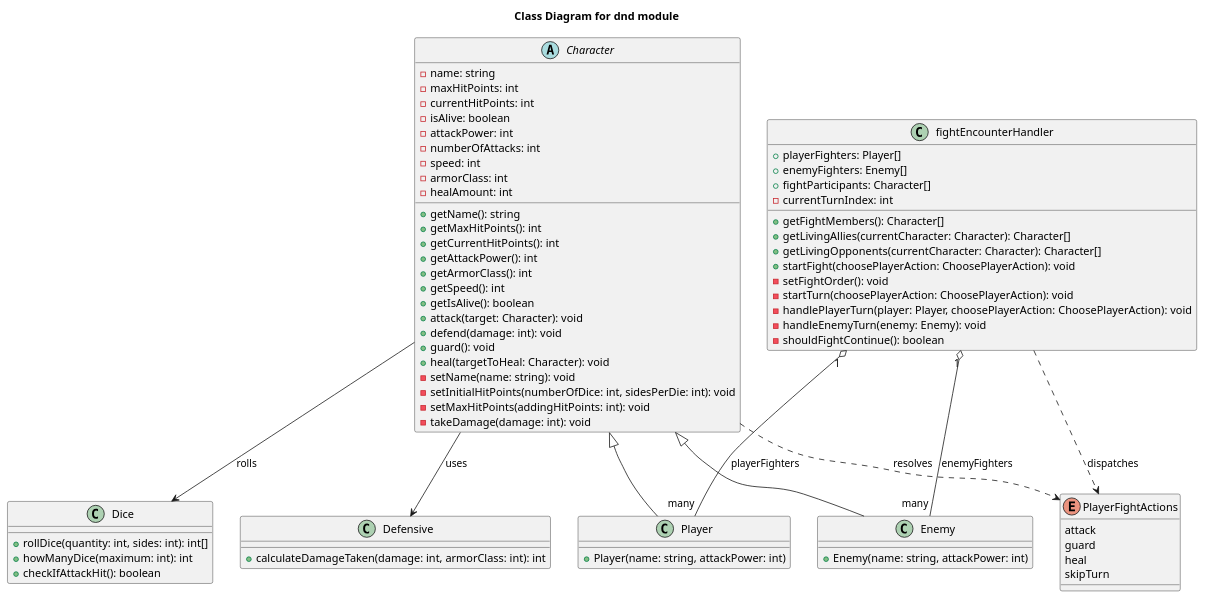
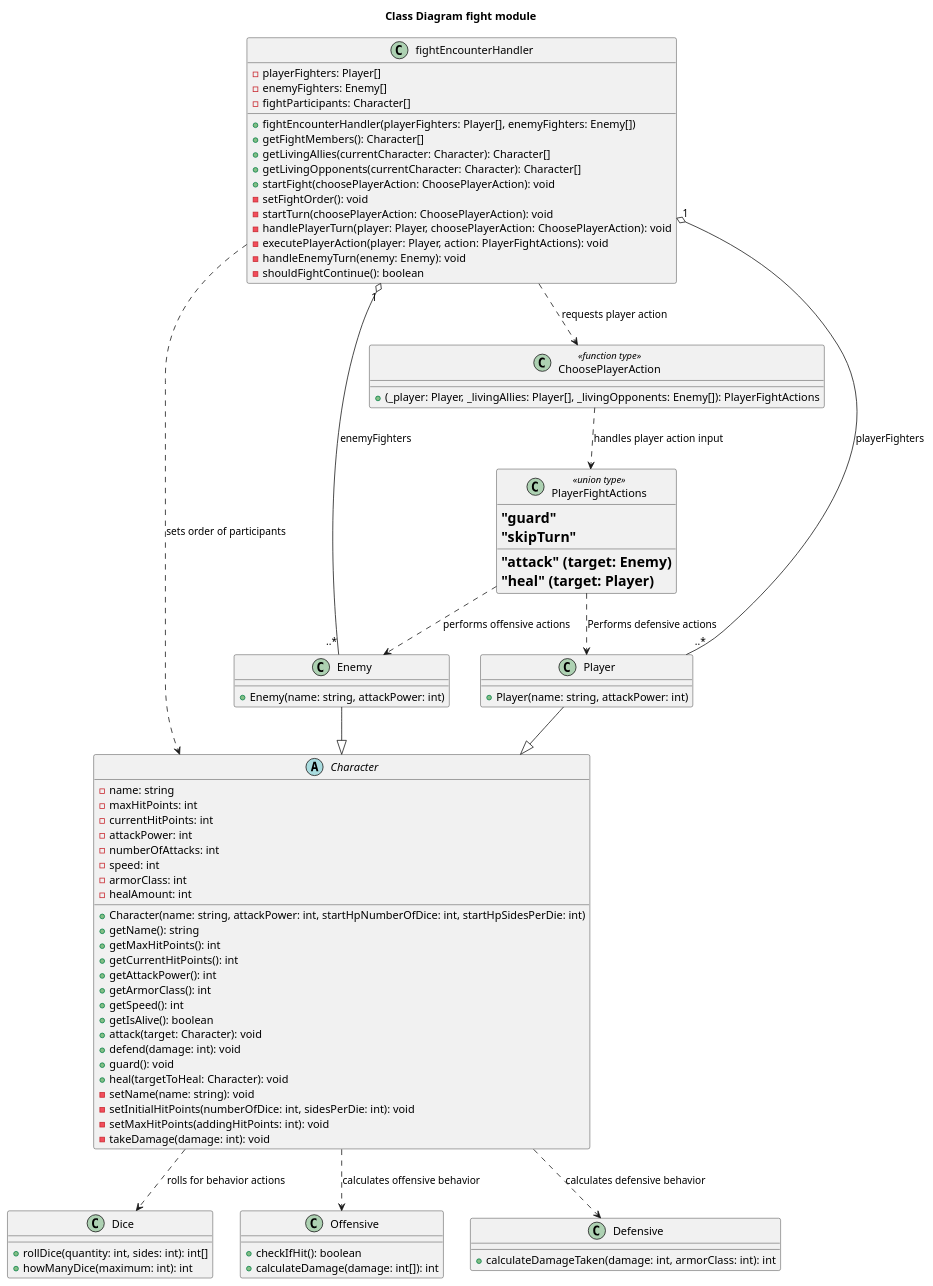
Before and after one commit to MrNegnar/DnDModule: the diagram in diagrams/classDiagram.puml, drawn with PlantUML. The commit also changed other lines of this file, not shown here.

Commit message:
update classdiagram to fit the code

```diff
--- a/diagrams/classDiagram.puml
+++ b/diagrams/classDiagram.puml
@@ -1,79 +1,94 @@
 @startuml classDiagram
-Title Class Diagram for dnd module
+Title Class Diagram fight module
 
 class Dice {
   +rollDice(quantity: int, sides: int): int[]
   +howManyDice(maximum: int): int
-  +checkIfAttackHit(): boolean
+}
+
+class Offensive {
+  +checkIfHit(): boolean
+  +calculateDamage(damage: int[]): int
 }
 
 class Defensive {
   +calculateDamageTaken(damage: int, armorClass: int): int
 }
 
 abstract class Character {
   -name: string
   -maxHitPoints: int
   -currentHitPoints: int
-  -isAlive: boolean
   -attackPower: int
   -numberOfAttacks: int
   -speed: int
   -armorClass: int
   -healAmount: int
+  +Character(name: string, attackPower: int, startHpNumberOfDice: int, startHpSidesPerDie: int)
   +getName(): string
   +getMaxHitPoints(): int
   +getCurrentHitPoints(): int
   +getAttackPower(): int
   +getArmorClass(): int
   +getSpeed(): int
   +getIsAlive(): boolean
   +attack(target: Character): void
   +defend(damage: int): void
   +guard(): void
   +heal(targetToHeal: Character): void
   -setName(name: string): void
   -setInitialHitPoints(numberOfDice: int, sidesPerDie: int): void
   -setMaxHitPoints(addingHitPoints: int): void
   -takeDamage(damage: int): void
 }
 
-class Player extends Character {
+class Player {
   +Player(name: string, attackPower: int)
 }
 
-class Enemy extends Character {
+class Enemy {
   +Enemy(name: string, attackPower: int)
 }
 
-enum PlayerFightActions {
-  attack
-  guard
-  heal
-  skipTurn
+class PlayerFightActions <<union type>> {
+  = "attack" (target: Enemy)
+  = "guard"
+  = "heal" (target: Player)
+  = "skipTurn"
+}
+
+class ChoosePlayerAction <<function type>> {
+  +(_player: Player, _livingAllies: Player[], _livingOpponents: Enemy[]): PlayerFightActions
 }
 
 class fightEncounterHandler {
-  +playerFighters: Player[]
-  +enemyFighters: Enemy[]
-  +fightParticipants: Character[]
-  -currentTurnIndex: int
+  -playerFighters: Player[]
+  -enemyFighters: Enemy[]
+  -fightParticipants: Character[]
+  +fightEncounterHandler(playerFighters: Player[], enemyFighters: Enemy[])
   +getFightMembers(): Character[]
   +getLivingAllies(currentCharacter: Character): Character[]
   +getLivingOpponents(currentCharacter: Character): Character[]
   +startFight(choosePlayerAction: ChoosePlayerAction): void
   -setFightOrder(): void
   -startTurn(choosePlayerAction: ChoosePlayerAction): void
   -handlePlayerTurn(player: Player, choosePlayerAction: ChoosePlayerAction): void
+  -executePlayerAction(player: Player, action: PlayerFightActions): void
   -handleEnemyTurn(enemy: Enemy): void
   -shouldFightContinue(): boolean
 }
 
-Character --> Dice : rolls
-Character --> Defensive : uses
-Character ..> PlayerFightActions : resolves
-fightEncounterHandler "1" o-- "many" Player : playerFighters
-fightEncounterHandler "1" o-- "many" Enemy : enemyFighters
-fightEncounterHandler ..> PlayerFightActions : dispatches
+Player --|> Character
+Enemy --|> Character
+Character ..> Dice : rolls for behavior actions
+Character ..> Offensive : calculates offensive behavior
+Character ..> Defensive : calculates defensive behavior
+fightEncounterHandler "1" o-- "..*" Player : playerFighters
+fightEncounterHandler "1" o-- "..*" Enemy : enemyFighters
+fightEncounterHandler ..> Character : sets order of participants
+fightEncounterHandler ..> ChoosePlayerAction : requests player action
+ChoosePlayerAction ..> PlayerFightActions : handles player action input
+PlayerFightActions ..> Player : Performs defensive actions
+PlayerFightActions ..> Enemy : performs offensive actions
 
 @enduml
```
